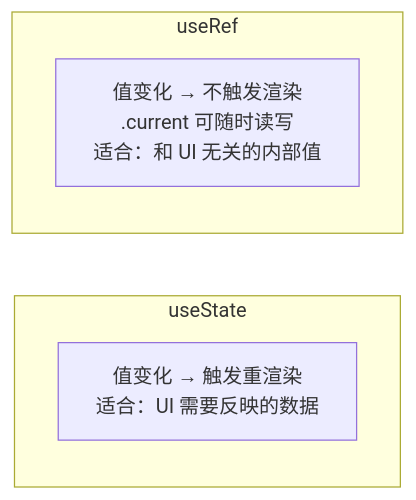
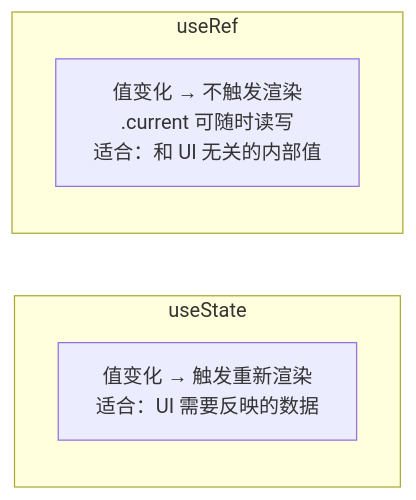
Before and after one commit to boltguo/react_learn: the sixth of 8 diagrams in docs/Lesson_05.md, drawn with Mermaid. The commit also changed other lines of this file and 31 other files, not shown here.

Commit message:
docs: 统一Mermaid术语与配色层级

````diff
--- a/docs/Lesson_05.md
+++ b/docs/Lesson_05.md
@@ -380,10 +392,10 @@
 ```mermaid
 flowchart LR
     subgraph "useState"
-        S["值变化 → 触发重渲染<br/>适合：UI 需要反映的数据"]
+        S["值变化 → 触发重新渲染<br/>适合：UI 需要反映的数据"]
     end
     
     subgraph "useRef"
         R["值变化 → 不触发渲染<br/>.current 可随时读写<br/>适合：和 UI 无关的内部值"]
     end
 ```
````
